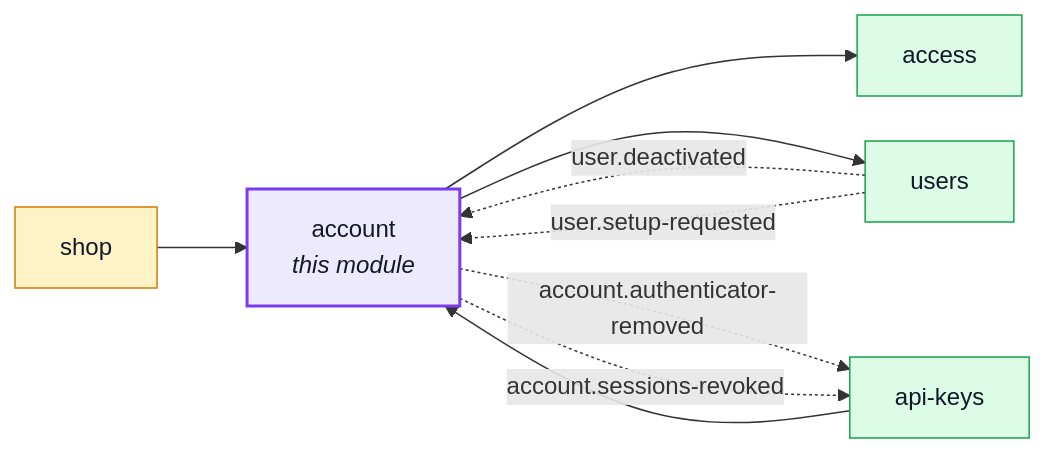
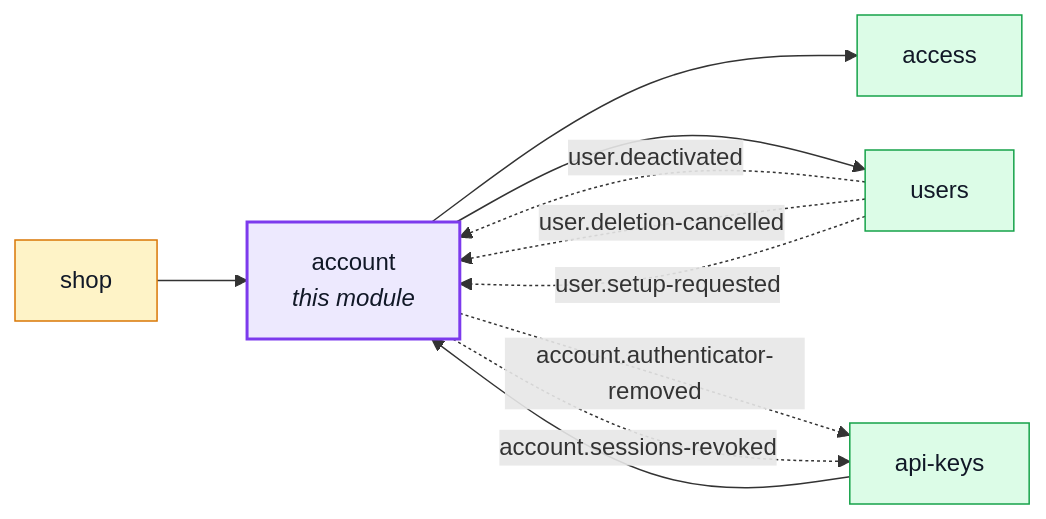
Before and after one commit to Guebbit/boilerplate-node-backend: the first of 5 diagrams in docs/modules/account.md, drawn with Mermaid. The commit also changed 17 other files, not shown here.

First line of the commit message:
feat(users): let staff see and undo a scheduled self-deletion

````diff
--- a/docs/modules/account.md
+++ b/docs/modules/account.md
@@ -16,26 +16,27 @@
 ```mermaid
 %%{init: {'flowchart': {'nodeSpacing': 30, 'rankSpacing': 60}}}%%
 flowchart LR
     account["account<br/><i>this module</i>"]
     access["access"]
     api_keys["api-keys"]
     shop["shop"]
     users["users"]
 
     api_keys --> account
     shop --> account
     account --> access
     account --> users
     users -. "user.deactivated" .-> account
+    users -. "user.deletion-cancelled" .-> account
     users -. "user.setup-requested" .-> account
     account -. "account.authenticator-removed" .-> api_keys
     account -. "account.sessions-revoked" .-> api_keys
 
     classDef core fill:#dbeafe,stroke:#2563eb,color:#111827;
     classDef supporting fill:#fef3c7,stroke:#d97706,color:#111827;
     classDef generic fill:#dcfce7,stroke:#16a34a,color:#111827;
     classDef centre fill:#ede9fe,stroke:#7c3aed,stroke-width:2px,color:#111827;
     class shop supporting;
     class access,api_keys,users generic;
     class account centre;
 ```
````
